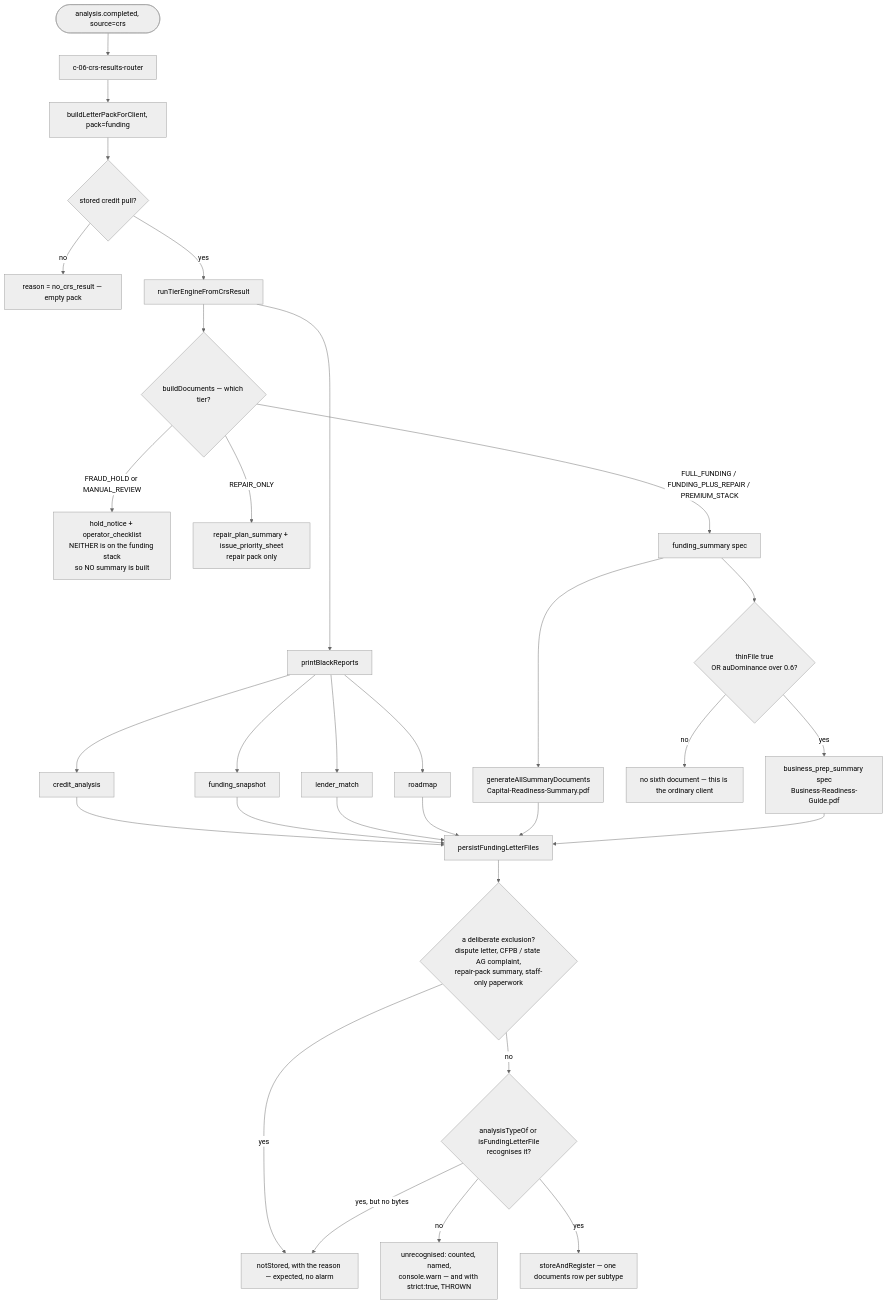
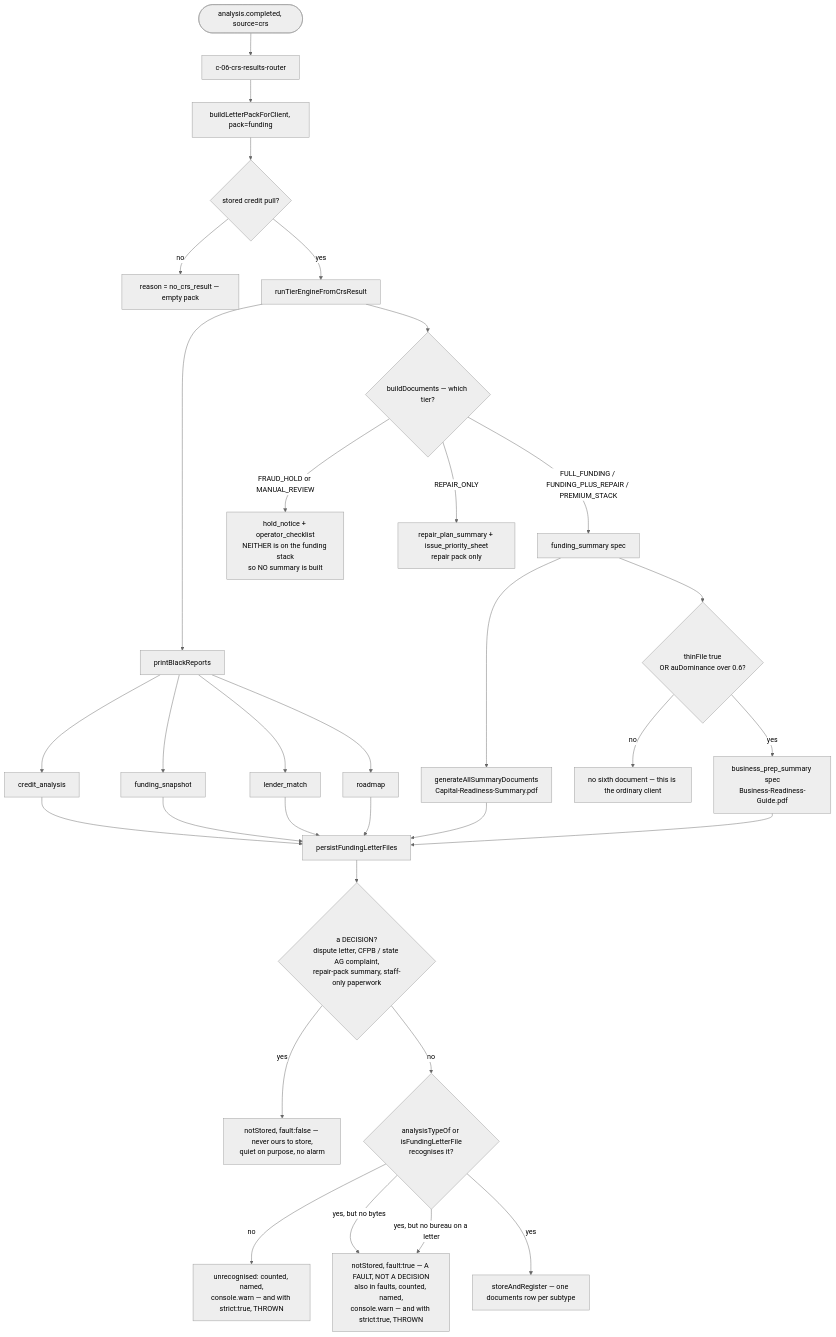
The first of 2 diagrams in docs/journeys/deliverables-actual.md (ZootimusMaximusSupreme/Fundhub_ai), drawn with Mermaid (neutral theme) before and after one commit. The commit also changed other lines of this file and 4 other files, not shown here.

````diff
--- a/docs/journeys/deliverables-actual.md
+++ b/docs/journeys/deliverables-actual.md
@@ -30,39 +37,40 @@
 ```mermaid
 flowchart TD
     EV([analysis.completed, source=crs]) --> C06[c-06-crs-results-router]
     C06 --> PACK[buildLetterPackForClient, pack=funding]
 
     PACK --> ENG{stored credit pull?}
     ENG -->|no| NOCRS[reason = no_crs_result — empty pack]
     ENG -->|yes| TIER[runTierEngineFromCrsResult]
 
     TIER --> PRINT[printBlackReports]
     PRINT --> P1[credit_analysis]
     PRINT --> P2[funding_snapshot]
     PRINT --> P3[lender_match]
     PRINT --> P4[roadmap]
 
     TIER --> BD{buildDocuments — which tier?}
     BD -->|FRAUD_HOLD or MANUAL_REVIEW| HOLD[hold_notice + operator_checklist<br/>NEITHER is on the funding stack<br/>so NO summary is built]
     BD -->|REPAIR_ONLY| REP[repair_plan_summary + issue_priority_sheet<br/>repair pack only]
     BD -->|FULL_FUNDING / FUNDING_PLUS_REPAIR / PREMIUM_STACK| FS[funding_summary spec]
     FS --> P5[generateAllSummaryDocuments<br/>Capital-Readiness-Summary.pdf]
 
     FS --> THIN{thinFile true<br/>OR auDominance over 0.6?}
     THIN -->|no| ONLY5[no sixth document — this is the ordinary client]
     THIN -->|yes| P6[business_prep_summary spec<br/>Business-Readiness-Guide.pdf]
 
     P1 --> SAVE[persistFundingLetterFiles]
     P2 --> SAVE
     P3 --> SAVE
     P4 --> SAVE
     P5 --> SAVE
     P6 --> SAVE
 
-    SAVE --> EX{a deliberate exclusion?<br/>dispute letter, CFPB / state AG complaint,<br/>repair-pack summary, staff-only paperwork}
-    EX -->|yes| NS[notStored, with the reason — expected, no alarm]
+    SAVE --> EX{a DECISION?<br/>dispute letter, CFPB / state AG complaint,<br/>repair-pack summary, staff-only paperwork}
+    EX -->|yes| NS[notStored, fault:false — never ours to store,<br/>quiet on purpose, no alarm]
     EX -->|no| AT{analysisTypeOf or isFundingLetterFile<br/>recognises it?}
     AT -->|no| UNK[unrecognised: counted, named,<br/>console.warn — and with strict:true, THROWN]
-    AT -->|yes, but no bytes| NS
+    AT -->|"yes, but no bytes"| FAULT[notStored, fault:true — A FAULT, NOT A DECISION<br/>also in faults, counted, named,<br/>console.warn — and with strict:true, THROWN]
+    AT -->|"yes, but no bureau on a letter"| FAULT
     AT -->|yes| ROW[storeAndRegister — one documents row per subtype]
 ```
````
